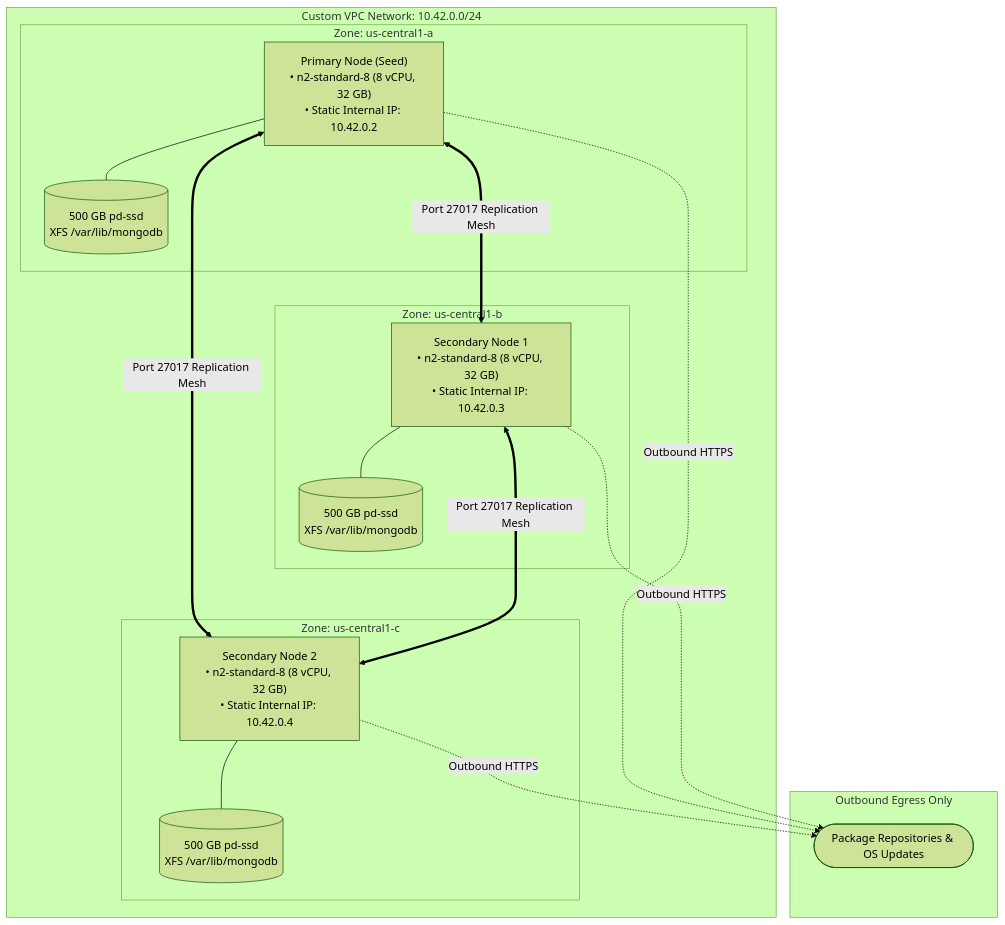
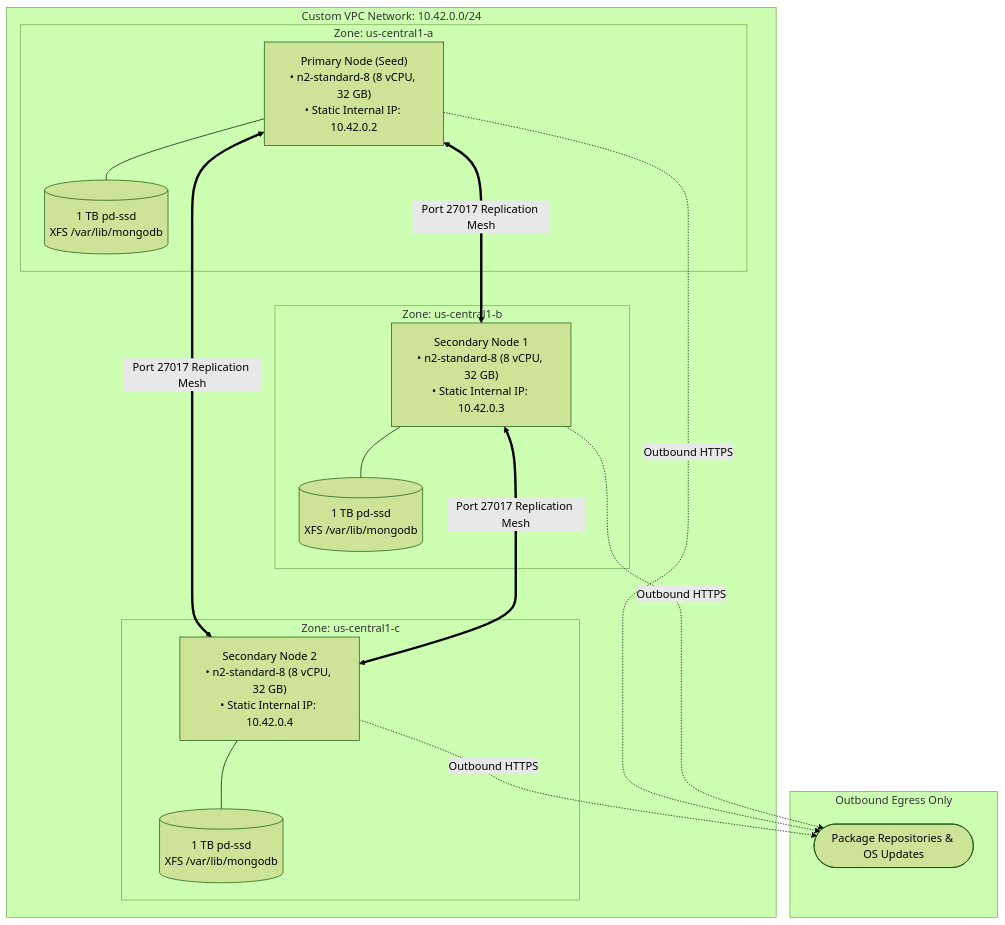
The diagram in README.md (vishal84/gce-gen4-isv), drawn with Mermaid (forest theme) before and after one commit. The commit also changed other lines of this file and 2 other files, not shown here.

````diff
--- a/README.md
+++ b/README.md
@@ -24,34 +24,34 @@
 ```mermaid
 graph TD
     subgraph VPC [Custom VPC Network: 10.42.0.0/24]
         subgraph ZoneA [Zone: us-central1-a]
             VM1["Primary Node (Seed)<br/>• n2-standard-8 (8 vCPU, 32 GB)<br/>• Static Internal IP: 10.42.0.2"]
-            Disk1[("500 GB pd-ssd<br/>XFS /var/lib/mongodb")]
+            Disk1[("1 TB pd-ssd<br/>XFS /var/lib/mongodb")]
             VM1 --- Disk1
         end
 
         subgraph ZoneB [Zone: us-central1-b]
             VM2["Secondary Node 1<br/>• n2-standard-8 (8 vCPU, 32 GB)<br/>• Static Internal IP: 10.42.0.3"]
-            Disk2[("500 GB pd-ssd<br/>XFS /var/lib/mongodb")]
+            Disk2[("1 TB pd-ssd<br/>XFS /var/lib/mongodb")]
             VM2 --- Disk2
         end
 
         subgraph ZoneC [Zone: us-central1-c]
             VM3["Secondary Node 2<br/>• n2-standard-8 (8 vCPU, 32 GB)<br/>• Static Internal IP: 10.42.0.4"]
-            Disk3[("500 GB pd-ssd<br/>XFS /var/lib/mongodb")]
+            Disk3[("1 TB pd-ssd<br/>XFS /var/lib/mongodb")]
             VM3 --- Disk3
         end
 
         VM1 <===>|Port 27017 Replication Mesh| VM2
         VM1 <===>|Port 27017 Replication Mesh| VM3
         VM2 <===>|Port 27017 Replication Mesh| VM3
     end
 
     subgraph External [Outbound Egress Only]
         Internet([Package Repositories & OS Updates])
     end
 
     VM1 -.->|Outbound HTTPS| Internet
     VM2 -.->|Outbound HTTPS| Internet
     VM3 -.->|Outbound HTTPS| Internet
 ```
````
